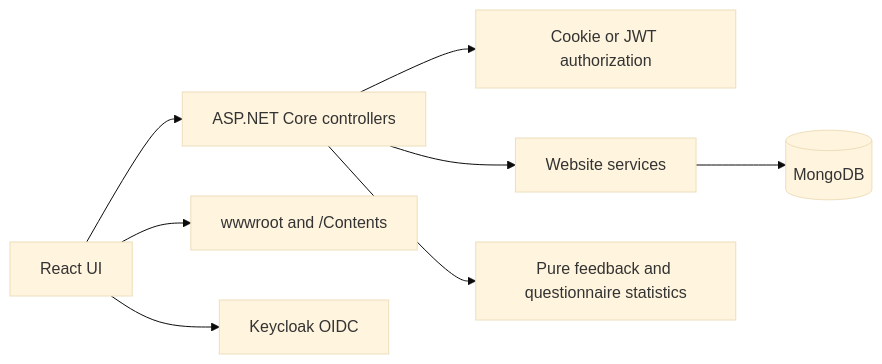
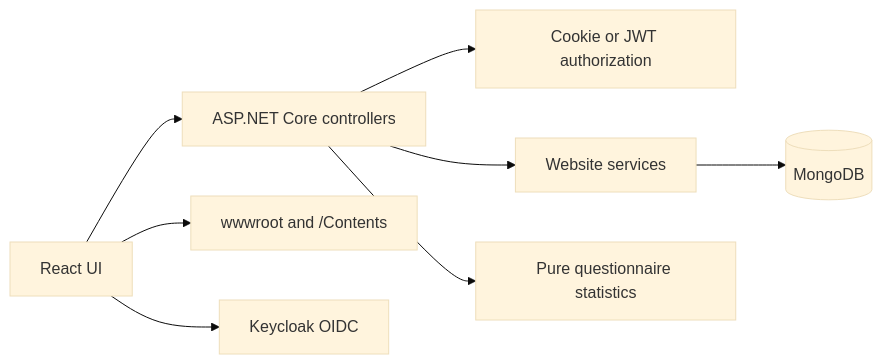
The diagram in docs/architecture.md (DotNetLiguria/dotnetliguriawebsite), drawn with Mermaid (base theme) before and after one commit. The commit also changed other lines of this file and 387 other files, not shown here.

````diff
--- a/docs/architecture.md
+++ b/docs/architecture.md
@@ -53,10 +40,10 @@
 ```mermaid
 flowchart LR
     Browser[React UI] --> API[ASP.NET Core controllers]
     Browser --> Static[wwwroot and /Contents]
     Browser --> Identity[Keycloak OIDC]
     API --> Auth[Cookie or JWT authorization]
     API --> Services[Website services]
     Services --> Mongo[(MongoDB)]
-    API --> Stats[Pure feedback and questionnaire statistics]
+    API --> Stats[Pure questionnaire statistics]
 ```
````
